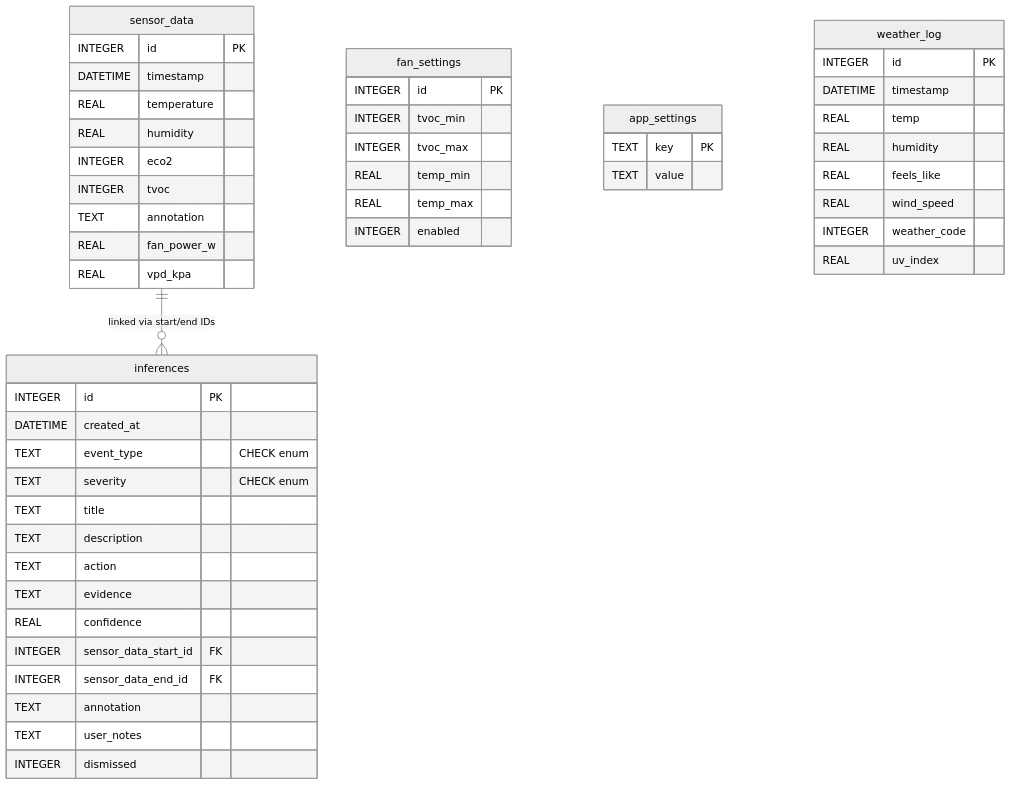
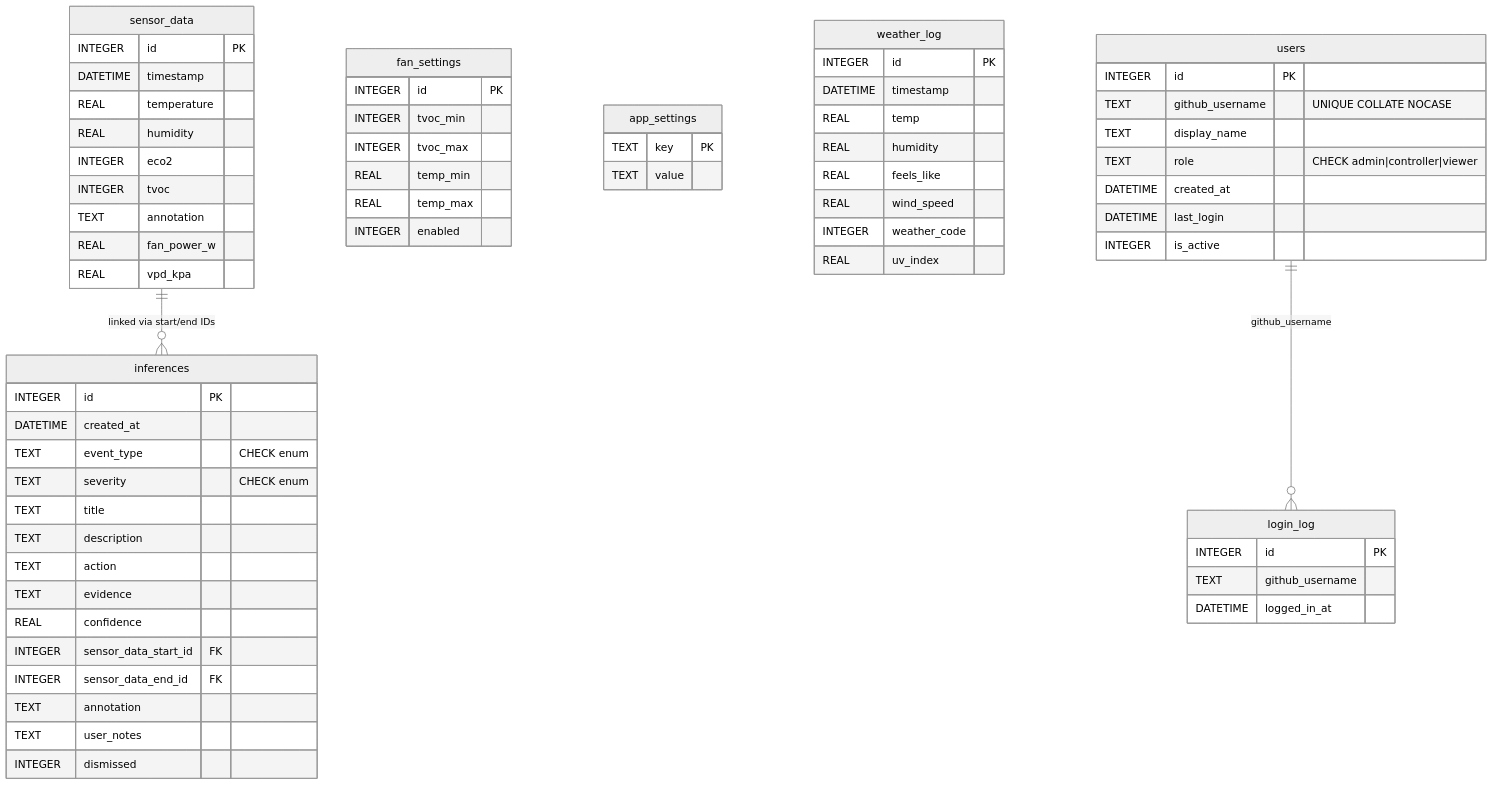
One commit to Ryan-be/mars-air-quility changed the diagram in readme.md. Above: the diagram before and after it, drawn with Mermaid (neutral theme). The commit also changed other lines of this file and 8 other files, not shown here.

First line of the commit message:
Add tabbed Settings/Users UI, login audit log, unit tests, and README updates

````diff
--- a/readme.md
+++ b/readme.md
@@ -187,58 +207,76 @@
 ```mermaid
 erDiagram
     sensor_data {
         INTEGER id PK
         DATETIME timestamp
         REAL    temperature
         REAL    humidity
         INTEGER eco2
         INTEGER tvoc
         TEXT    annotation
         REAL    fan_power_w
         REAL    vpd_kpa
     }
 
     fan_settings {
         INTEGER id PK
         INTEGER tvoc_min
         INTEGER tvoc_max
         REAL    temp_min
         REAL    temp_max
         INTEGER enabled
     }
 
     app_settings {
         TEXT key   PK
         TEXT value
     }
 
     weather_log {
         INTEGER id           PK
         DATETIME timestamp
         REAL    temp
         REAL    humidity
         REAL    feels_like
         REAL    wind_speed
         INTEGER weather_code
         REAL    uv_index
     }
 
     inferences {
         INTEGER  id PK
         DATETIME created_at
         TEXT     event_type "CHECK enum"
         TEXT     severity "CHECK enum"
         TEXT     title
         TEXT     description
         TEXT     action
         TEXT     evidence
         REAL     confidence
         INTEGER  sensor_data_start_id FK
         INTEGER  sensor_data_end_id FK
         TEXT     annotation
         TEXT     user_notes
         INTEGER  dismissed
     }
 
     sensor_data ||--o{ inferences : "linked via start/end IDs"
+
+    users {
+        INTEGER  id             PK
+        TEXT     github_username "UNIQUE COLLATE NOCASE"
+        TEXT     display_name
+        TEXT     role           "CHECK admin|controller|viewer"
+        DATETIME created_at
+        DATETIME last_login
+        INTEGER  is_active
+    }
+
+    login_log {
+        INTEGER  id             PK
+        TEXT     github_username
+        DATETIME logged_in_at
+    }
+
+    users ||--o{ login_log : "github_username"
 ```
````
